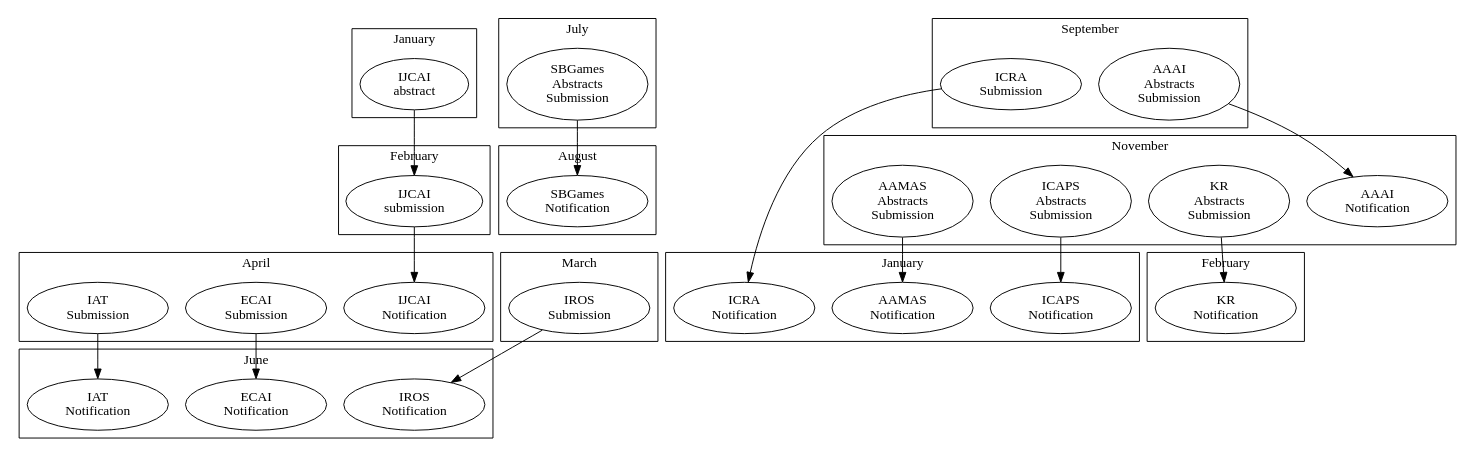
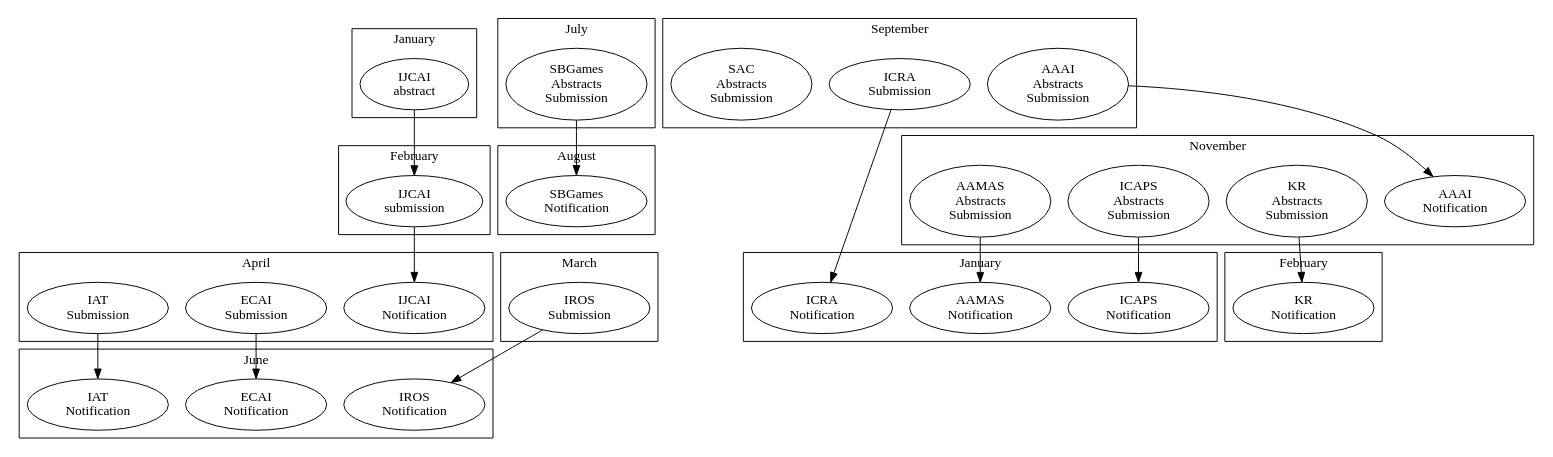
The diagram in noticeboard/conferences.dot (lsa-pucrs/asg-meetings), drawn with Graphviz before and after one commit. The commit also changed 1 other file, not shown here.

Commit message:
Added SAC to graph.

```diff
--- a/noticeboard/conferences.dot
+++ b/noticeboard/conferences.dot
@@ -1,134 +1,136 @@
 digraph g{
 	rankdir=TD;
 	
 	subgraph cluster_jan {
 /*			style=filled;*/
 /*			color=lightgrey;*/
 /*			node [style=filled,color=white];*/
 			ijcaiA[label="IJCAI \n abstract"];
 			label = "January";
 	}
 	
 	subgraph cluster_feb {
 /*			style=filled;*/
 /*			color=lightgrey;*/
 /*			node [style=filled,color=white];*/
 			ijcaiS[label="IJCAI \n submission"];
 			label = "February";
 	}
 	
 	subgraph cluster_mar {
 /*			style=filled;*/
 /*			color=lightgrey;*/
 /*			node [style=filled,color=white];*/
 			irosS[label="IROS \n Submission"];
 			label = "March";
 	}
 	
 	subgraph cluster_apr {
 /*			style=filled;*/
 /*			color=lightgrey;*/
 /*			node [style=filled,color=white];*/
 			ijcaiN[label="IJCAI \n Notification"];
 			ecaiS[label="ECAI \n Submission"];
 			iatS[label="IAT \n Submission"];
 			label = "April";
 	}
 	
 	subgraph cluster_may {
 /*			style=filled;*/
 /*			color=lightgrey;*/
 /*			node [style=filled,color=white];*/
 			label = "May";
 	}
 	
 	subgraph cluster_jun {
 /*			style=filled;*/
 /*			color=lightgrey;*/
 /*			node [style=filled,color=white];*/
 			irosN[label="IROS \n Notification"];
 			ecaiN[label="ECAI \n Notification"];
 			iatN[label="IAT \n Notification"];
 			label = "June";
 	}
 	
 	subgraph cluster_jul {
 /*			style=filled;*/
 /*			color=lightgrey;*/
 /*			node [style=filled,color=white];*/
 			sbgamesS[label="SBGames \n Abstracts \n Submission"];
 			label = "July";
 	}
 	
 	subgraph cluster_aug {
 /*			style=filled;*/
 /*			color=lightgrey;*/
 /*			node [style=filled,color=white];*/
 			sbgamesN[label="SBGames \n Notification"];
 			label = "August";
 	}
 	
 	subgraph cluster_sep {
 /*			style=filled;*/
 /*			color=lightgrey;*/
 /*			node [style=filled,color=white];*/
 			icraS[label="ICRA \n Submission"];
 			aaaiS[label="AAAI \n Abstracts \n Submission"];
+			sacS[label="SAC \n Abstracts \n Submission"];
 			label = "September";
 	}
 	
 	subgraph cluster_oct {
 /*			style=filled;*/
 /*			color=lightgrey;*/
 /*			node [style=filled,color=white];*/
 			label = "October";
 	}
 	
 	subgraph cluster_nov {
 /*			style=filled;*/
 /*			color=lightgrey;*/
 /*			node [style=filled,color=white];*/
 			aaaiN[label="AAAI \n Notification"];
 			krS[label="KR \n Abstracts \n Submission"];
 			icapsS[label="ICAPS \n Abstracts \n Submission"];
 			aamasS[label="AAMAS \n Abstracts \n Submission"];
 			label = "November";
 	}
 
 	subgraph cluster_dec {
 /*			style=filled;*/
 /*			color=lightgrey;*/
 /*			node [style=filled,color=white];*/
 			label = "December";
 	}
 	
 	subgraph cluster_jan2 {
 /*			style=filled;*/
 /*			color=lightgrey;*/
 /*			node [style=filled,color=white];*/
 			icapsN[label="ICAPS \n Notification"];
 			icraN[label="ICRA \n Notification"];
 			aamasN[label="AAMAS \n Notification"];
 			label = "January";
 	}
 	
 	subgraph cluster_feb2 {
 /*			style=filled;*/
 /*			color=lightgrey;*/
 /*			node [style=filled,color=white];*/
 			krN[label="KR \n Notification"]
 	
 			label = "February";
 	}
 	
 	ijcaiA -> ijcaiS -> ijcaiN;
 	krS -> krN;
 	icapsS -> icapsN;
 	icraS -> icraN;
 	aaaiS -> aaaiN;
 	sbgamesS -> sbgamesN;
 	irosS -> irosN;
 	aamasS -> aamasN;
 	ecaiS -> ecaiN;
 	iatS -> iatN;
+
 }
```
